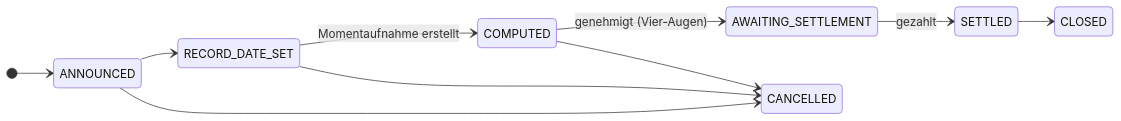
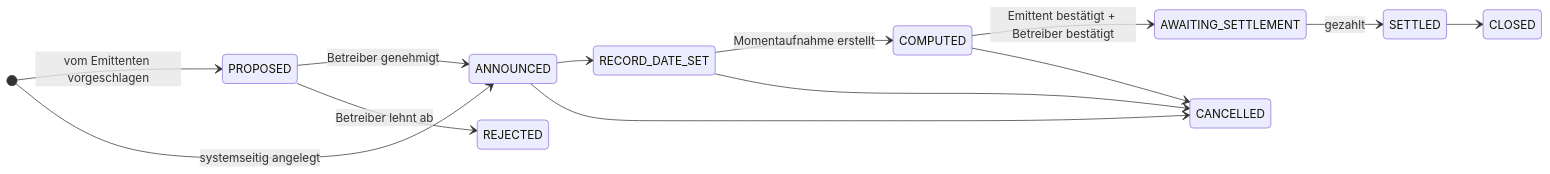
One commit to makibytes/registerwerk changed the first of 2 diagrams in docs/customer/lifecycle/redemption.de.md. Above: the diagram before and after it, drawn with Mermaid. The commit also changed other lines of this file and 197 other files, not shown here.

````diff
--- a/docs/customer/lifecycle/redemption.de.md
+++ b/docs/customer/lifecycle/redemption.de.md
@@ -52,13 +52,16 @@
 ```mermaid
 stateDiagram-v2
     direction LR
-    [*] --> ANNOUNCED
+    [*] --> PROPOSED: vom Emittenten vorgeschlagen
+    [*] --> ANNOUNCED: systemseitig angelegt
+    PROPOSED --> ANNOUNCED: Betreiber genehmigt
+    PROPOSED --> REJECTED: Betreiber lehnt ab
     ANNOUNCED --> RECORD_DATE_SET
     RECORD_DATE_SET --> COMPUTED: Momentaufnahme erstellt
-    COMPUTED --> AWAITING_SETTLEMENT: genehmigt (Vier-Augen)
+    COMPUTED --> AWAITING_SETTLEMENT: Emittent bestätigt + Betreiber bestätigt
     AWAITING_SETTLEMENT --> SETTLED: gezahlt
     SETTLED --> CLOSED
     ANNOUNCED --> CANCELLED
     RECORD_DATE_SET --> CANCELLED
     COMPUTED --> CANCELLED
 ```
````
